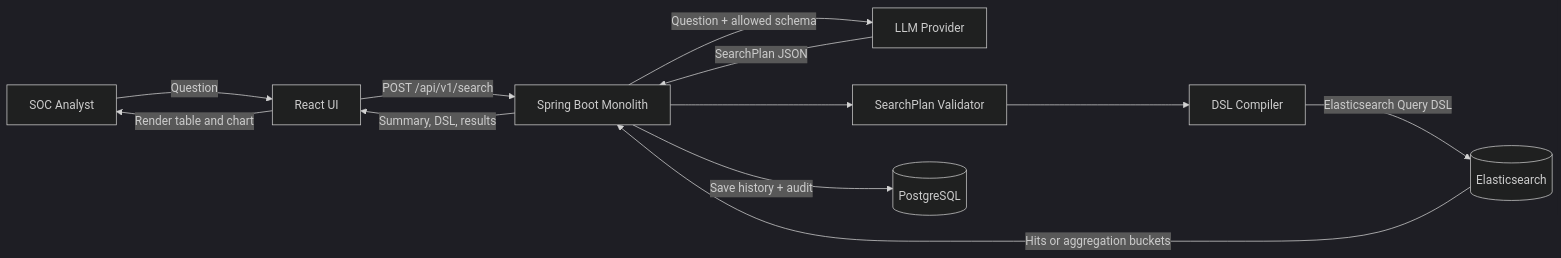
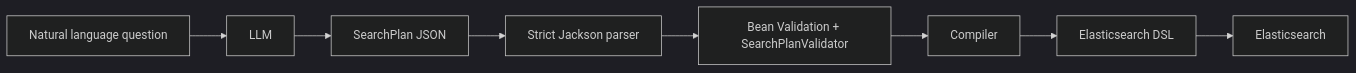
Before and after one commit to PhamVanMinhBinhThuan/soc-ai-search: the third of 5 diagrams in docs/architecture.md, drawn with Mermaid (dark theme). The commit also changed other lines of this file and 5 other files, not shown here.

````diff
--- a/docs/architecture.md
+++ b/docs/architecture.md
@@ -241,23 +137,19 @@
 ```mermaid
 flowchart LR
-    User["SOC Analyst"]
-    UI["React UI"]
-    Backend["Spring Boot Monolith"]
-    LLM["LLM Provider"]
-    Guardrail["SearchPlan Validator"]
-    Compiler["DSL Compiler"]
-    ES[("Elasticsearch")]
-    PG[("PostgreSQL")]
+    Q["Natural language question"]
+    LLM["LLM"]
+    Plan["SearchPlan JSON"]
+    Parser["Strict Jackson parser"]
+    Guard["Bean Validation + SearchPlanValidator"]
+    Compiler["Compiler"]
+    DSL["Elasticsearch DSL"]
+    ES["Elasticsearch"]
 
-    User -->|"Question"| UI
-    UI -->|"POST /api/v1/search"| Backend
-    Backend -->|"Question + allowed schema"| LLM
-    LLM -->|"SearchPlan JSON"| Backend
-    Backend --> Guardrail
-    Guardrail --> Compiler
-    Compiler -->|"Elasticsearch Query DSL"| ES
-    ES -->|"Hits or aggregation buckets"| Backend
-    Backend -->|"Save history + audit"| PG
-    Backend -->|"Summary, DSL, results"| UI
-    UI -->|"Render table and chart"| User
+    Q --> LLM
+    LLM --> Plan
+    Plan --> Parser
+    Parser --> Guard
+    Guard --> Compiler
+    Compiler --> DSL
+    DSL --> ES
 ```
````
